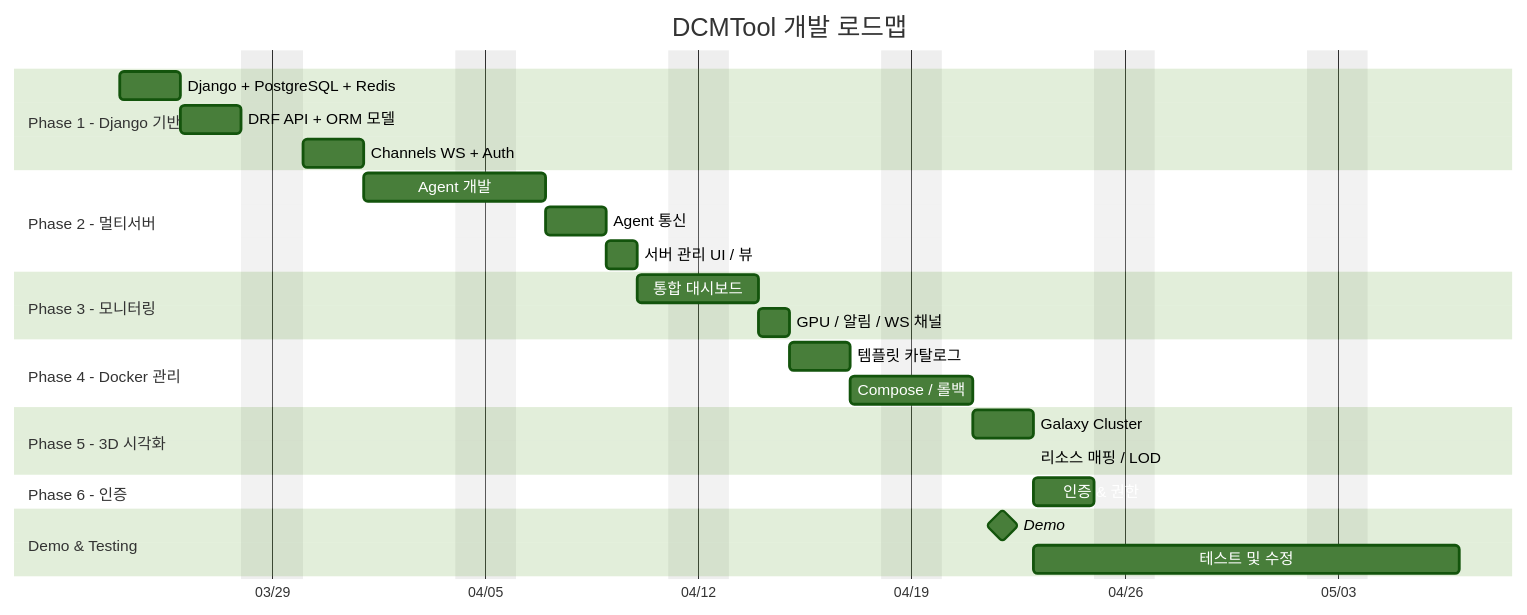
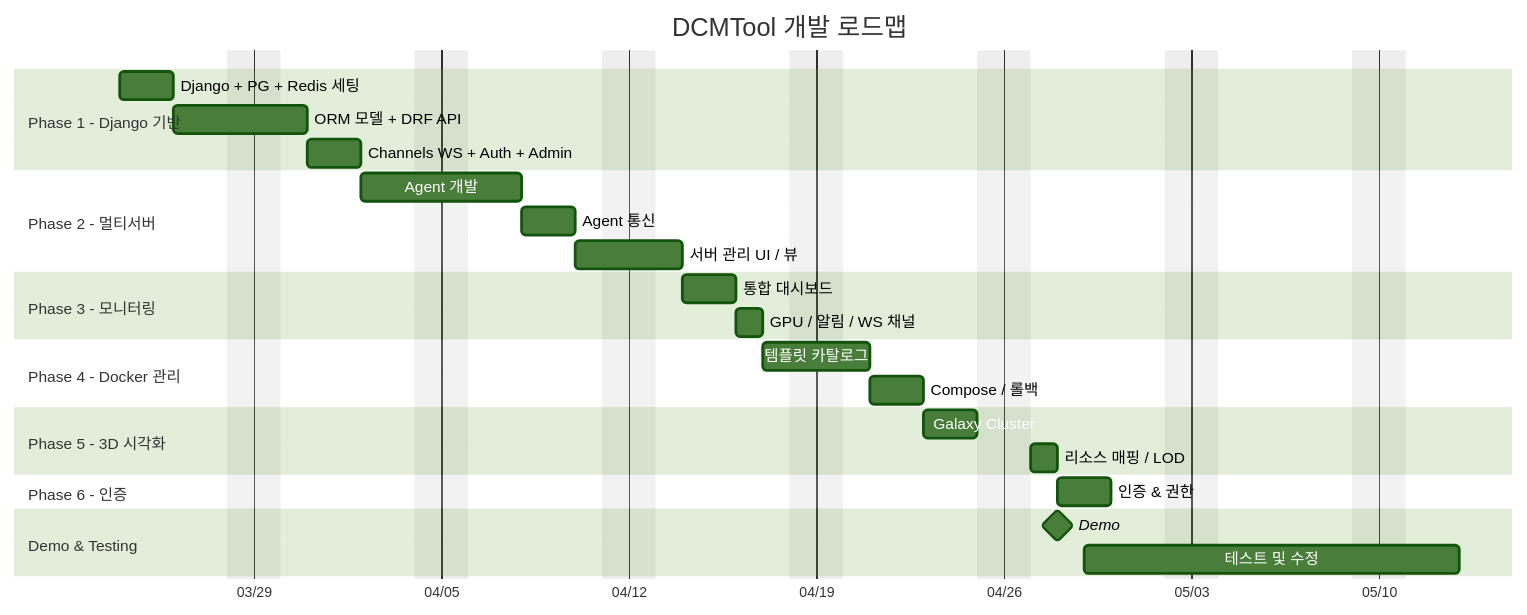
One commit to qkr7287/HyperCube changed diagram 11 of 11 in docs/to-be-architecture.md. Above: the diagram before and after it, drawn with Mermaid (forest theme). The commit also changed other lines of this file, not shown here.

First line of the commit message:
docs: update Phase timeline and fix remaining references for Django

````diff
--- a/docs/to-be-architecture.md
+++ b/docs/to-be-architecture.md
@@ -664,36 +664,36 @@
 ```mermaid
 gantt
     title DCMTool 개발 로드맵
     dateFormat YYYY-MM-DD
     axisFormat %m/%d
     excludes weekends
 
     section Phase 1 - Django 기반
-    Django + PostgreSQL + Redis  :p1a, 2026-03-24, 2d
-    DRF API + ORM 모델           :p1b, after p1a, 2d
-    Channels WS + Auth           :p1c, after p1b, 2d
+    Django + PG + Redis 세팅    :p1a, 2026-03-24, 2d
+    ORM 모델 + DRF API          :p1b, after p1a, 3d
+    Channels WS + Auth + Admin  :p1c, after p1b, 2d
 
     section Phase 2 - 멀티서버
     Agent 개발           :p2a, after p1c, 4d
     Agent 통신           :p2b, after p2a, 2d
-    서버 관리 UI / 뷰     :p2c, after p2b, 1d
+    서버 관리 UI / 뷰     :p2c, after p2b, 2d
 
     section Phase 3 - 모니터링
     통합 대시보드          :p3a, after p2c, 2d
     GPU / 알림 / WS 채널  :p3b, after p3a, 1d
 
     section Phase 4 - Docker 관리
     템플릿 카탈로그        :p4a, after p3b, 2d
     Compose / 롤백        :p4b, after p4a, 2d
 
     section Phase 5 - 3D 시각화
     Galaxy Cluster        :p5a, after p4b, 2d
-    리소스 매핑 / LOD     :p5b, after p5a, 0d
+    리소스 매핑 / LOD     :p5b, after p5a, 1d
 
     section Phase 6 - 인증
     인증 & 권한           :p6a, after p5b, 2d
 
     section Demo & Testing
-    Demo                 :milestone, demo, 2026-04-22, 0d
-    테스트 및 수정         :test, 2026-04-23, 10d
+    Demo                 :milestone, demo, 2026-04-28, 0d
+    테스트 및 수정         :test, 2026-04-29, 10d
 ```
````
